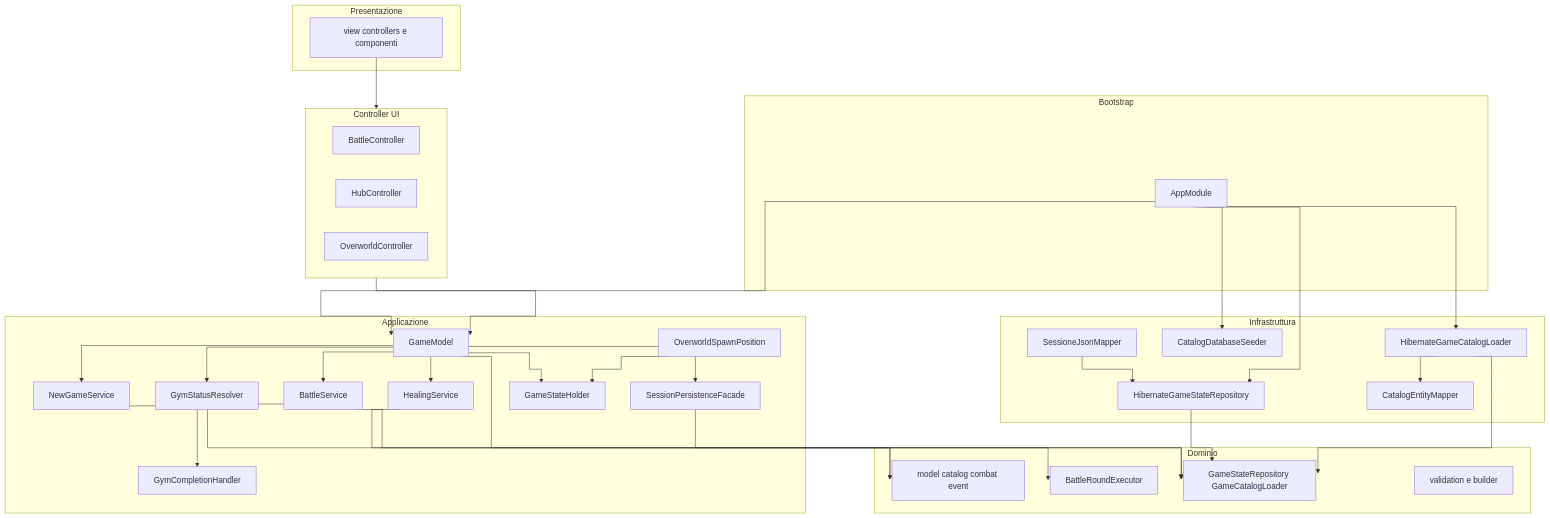
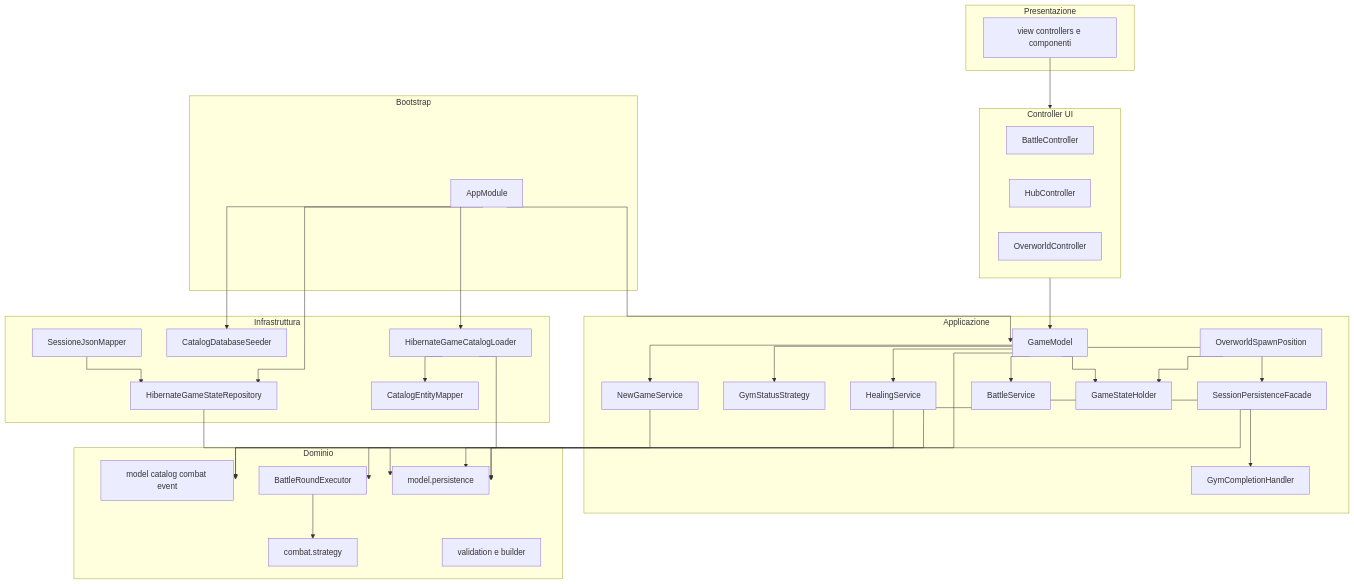
One commit to ValerioGiglio04/rpg-MPGC changed the diagram in .github/wiki-pages/Responsabilita-e-architettura.md. Above: the diagram before and after it, drawn with Mermaid. The commit also changed other lines of this file and 50 other files, not shown here.

````diff
--- a/.github/wiki-pages/Responsabilita-e-architettura.md
+++ b/.github/wiki-pages/Responsabilita-e-architettura.md
@@ -37,62 +37,64 @@
 ```mermaid
 %%{init: {'flowchart': {'curve': 'stepAfter'}}}%%
 flowchart TB
   subgraph presentation [Presentazione]
     UI[view controllers e componenti]
   end
   subgraph model.service_layer [Applicazione]
     GS[GameModel]
     SPF[SessionPersistenceFacade]
-    GSR[GymStatusResolver]
+    GSS[GymStatusStrategy]
     BS[BattleService]
     NG[NewGameService]
     HS[HealingService]
     GCH[GymCompletionHandler]
     GSH[GameStateHolder]
     OSP[OverworldSpawnPosition]
   end
   subgraph model_layer [Dominio]
     Models[model catalog combat event]
     BRE[BattleRoundExecutor]
-    Ports[GameStateRepository GameCatalogLoader]
+    Ports[model.persistence]
+    Strat[combat.strategy]
     Valid[validation e builder]
   end
   subgraph infrastructure [Infrastruttura]
     JRepo[HibernateGameStateRepository]
     HCat[HibernateGameCatalogLoader]
     CEM[CatalogEntityMapper]
     Seed[CatalogDatabaseSeeder]
     Mapper[SessioneJsonMapper]
   end
   subgraph bootstrap [Bootstrap]
     AM[AppModule]
   end
   subgraph controllers [Controller UI]
     BP[BattleController]
     HP[HubController]
     OP[OverworldController]
   end
   UI --> controllers
   controllers --> GS
   GS --> SPF
-  GS --> GSR
+  GS --> GSS
   GS --> BS
   GS --> NG
   GS --> HS
   GS --> GSH
   GS --> Ports
   SPF --> Ports
   BS --> BRE
+  BRE --> Strat
   BS --> GCH
   NG --> Models
   HS --> Models
   OSP --> GSH
   JRepo --> Ports
   HCat --> Ports
   HCat --> CEM
   Mapper --> JRepo
   AM --> JRepo
   AM --> HCat
   AM --> Seed
   AM --> GS
 ```
````
